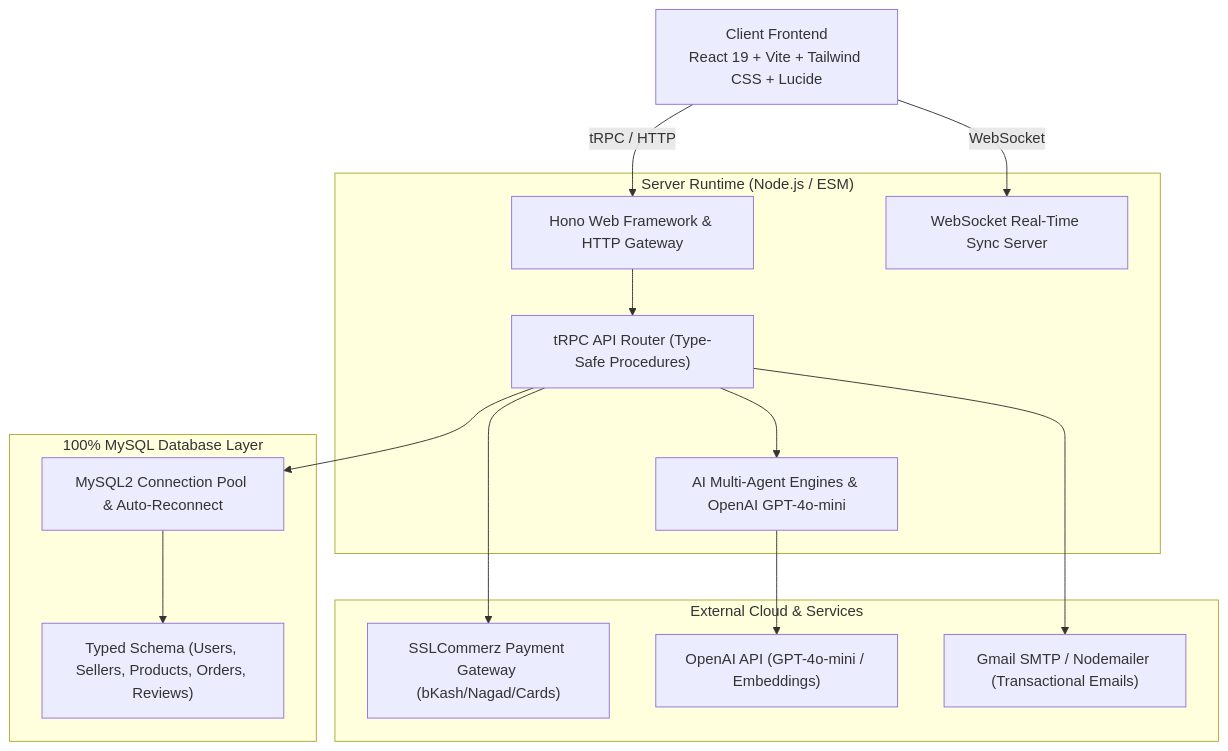
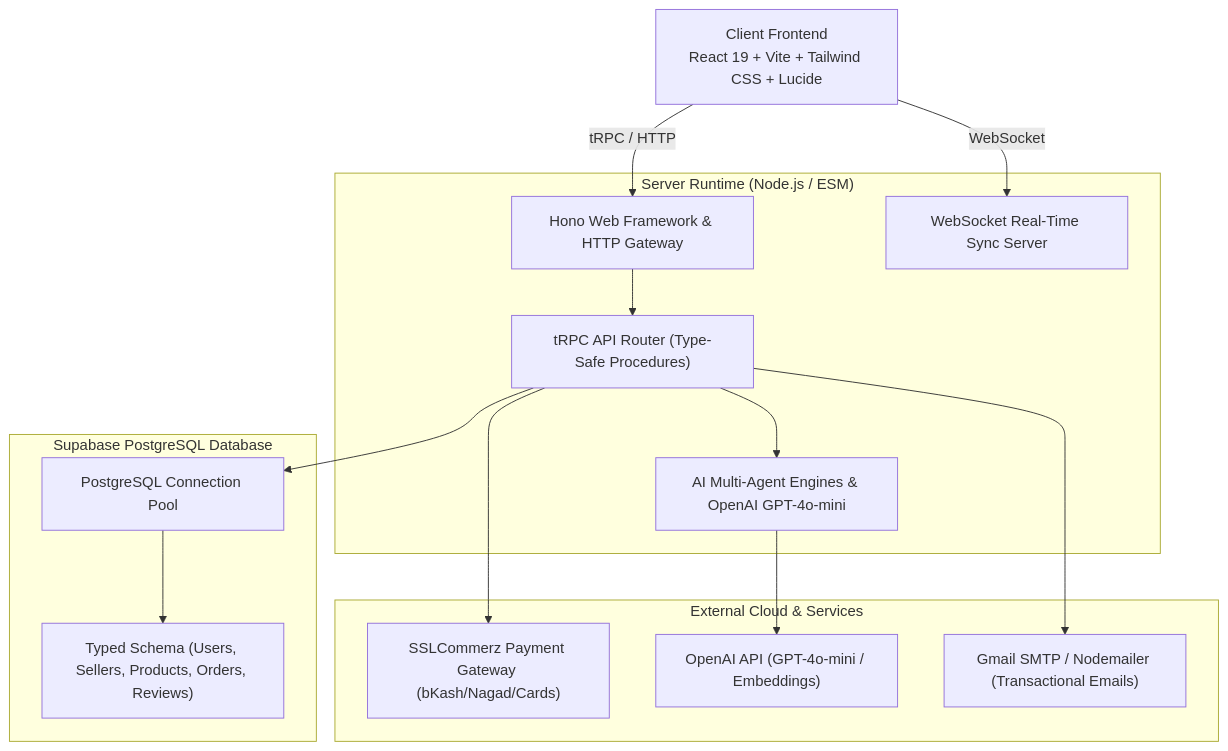
The diagram in README.md (Shourov6/MarketVerse-ai), drawn with Mermaid before and after one commit. The commit also changed other lines of this file and 65 other files, not shown here.

Commit message:
feat: migrate database to Supabase PostgreSQL

````diff
--- a/README.md
+++ b/README.md
@@ -9,32 +9,32 @@
 ```mermaid
 graph TD
     Client["Client Frontend<br/>React 19 + Vite + Tailwind CSS + Lucide"]
     
     subgraph Backend_App["Server Runtime (Node.js / ESM)"]
         Hono["Hono Web Framework & HTTP Gateway"]
         TRPC["tRPC API Router (Type-Safe Procedures)"]
         WS["WebSocket Real-Time Sync Server"]
         AICopilot["AI Multi-Agent Engines & OpenAI GPT-4o-mini"]
     end
     
-    subgraph Data_Layer["100% MySQL Database Layer"]
-        MySQLPool["MySQL2 Connection Pool & Auto-Reconnect"]
+    subgraph Data_Layer["Supabase PostgreSQL Database"]
+        PostgreSQLPool["PostgreSQL Connection Pool"]
         DrizzleSchema["Typed Schema (Users, Sellers, Products, Orders, Reviews)"]
     end
     
     subgraph External_Services["External Cloud & Services"]
         SSLCommerz["SSLCommerz Payment Gateway (bKash/Nagad/Cards)"]
         OpenAI["OpenAI API (GPT-4o-mini / Embeddings)"]
         SMTP["Gmail SMTP / Nodemailer (Transactional Emails)"]
     end
 
     Client -->|tRPC / HTTP| Hono
     Client -->|WebSocket| WS
     Hono --> TRPC
     TRPC --> AICopilot
-    TRPC --> MySQLPool
-    MySQLPool --> DrizzleSchema
+    TRPC --> PostgreSQLPool
+    PostgreSQLPool --> DrizzleSchema
     TRPC --> SSLCommerz
     TRPC --> SMTP
     AICopilot --> OpenAI
 ```
````
